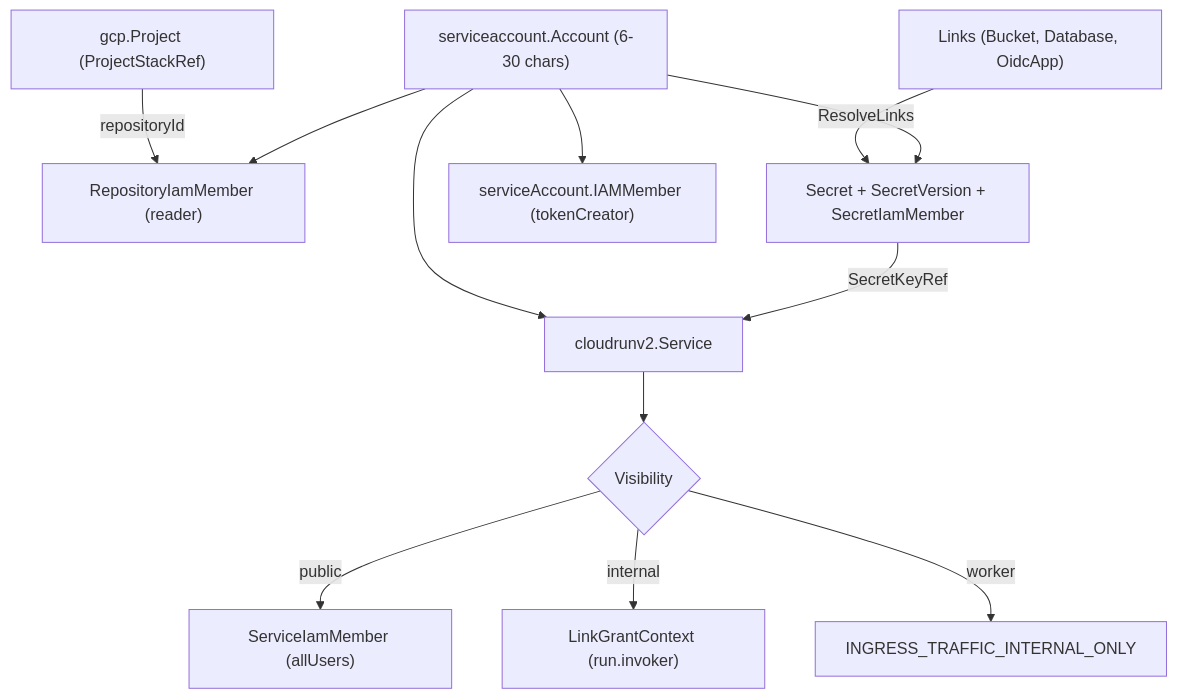
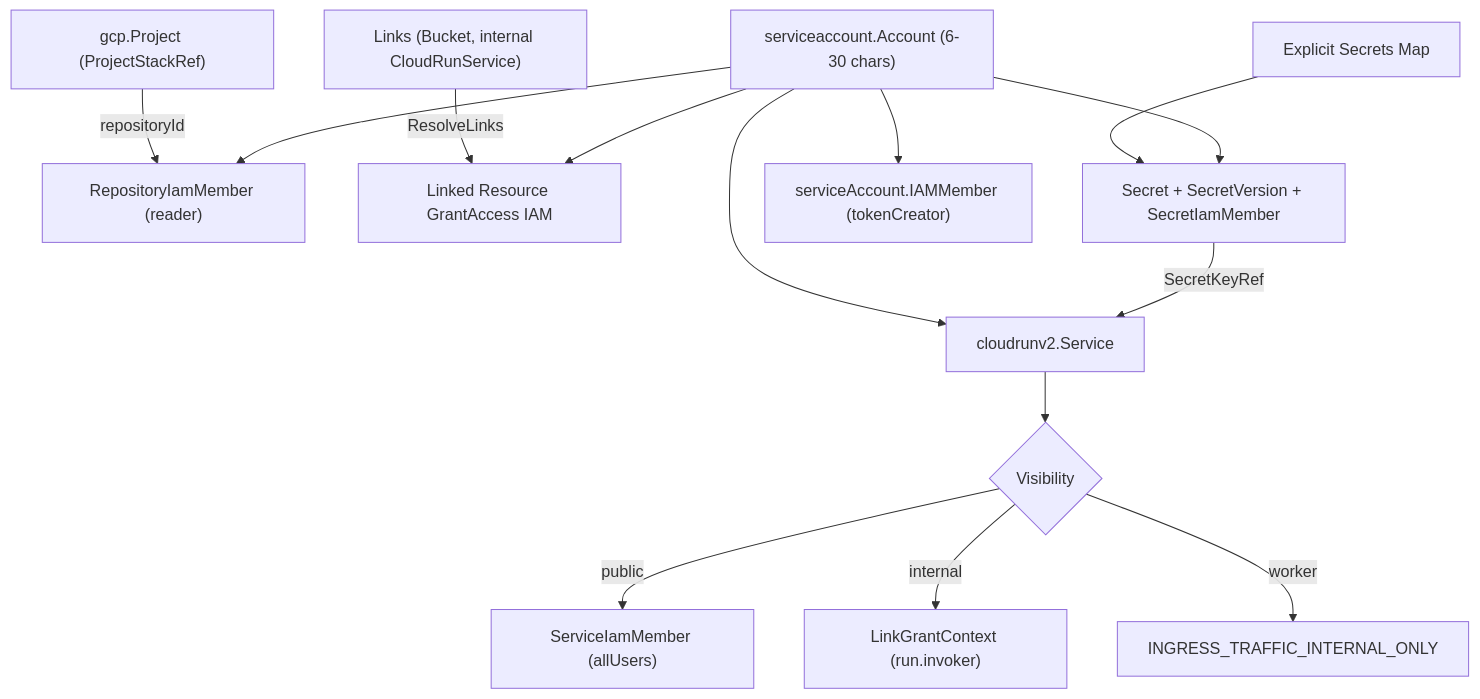
Before and after one commit to cloudvoyant/openbase: the first of 2 diagrams in docs/architecture/providers/gcp/cloud-run-service.md, drawn with Mermaid. The commit also changed other lines of this file and 124 other files, not shown here.

````diff
--- a/docs/architecture/providers/gcp/cloud-run-service.md
+++ b/docs/architecture/providers/gcp/cloud-run-service.md
@@ -26,14 +26,16 @@
 ```mermaid
 flowchart TD
     Proj["gcp.Project (ProjectStackRef)"] -->|"repositoryId"| ARIAM["RepositoryIamMember (reader)"]
-    Links["Links (Bucket, Database, OidcApp)"] -->|"ResolveLinks"| SM["Secret + SecretVersion + SecretIamMember"]
+    Links["Links (Bucket, internal CloudRunService)"] -->|"ResolveLinks"| IAMGrants["Linked Resource GrantAccess IAM"]
+    Secrets["Explicit Secrets Map"] --> SM["Secret + SecretVersion + SecretIamMember"]
     SA["serviceaccount.Account (6-30 chars)"] --> SelfSign["serviceAccount.IAMMember (tokenCreator)"]
     SA --> ARIAM
+    SA --> IAMGrants
     SA --> SM
     SA --> Svc["cloudrunv2.Service"]
     SM -->|"SecretKeyRef"| Svc
     Svc --> Vis{"Visibility"}
     Vis -->|"public"| AllUsers["ServiceIamMember (allUsers)"]
     Vis -->|"internal"| Scoped["LinkGrantContext (run.invoker)"]
     Vis -->|"worker"| IntOnly["INGRESS_TRAFFIC_INTERNAL_ONLY"]
 ```
````
